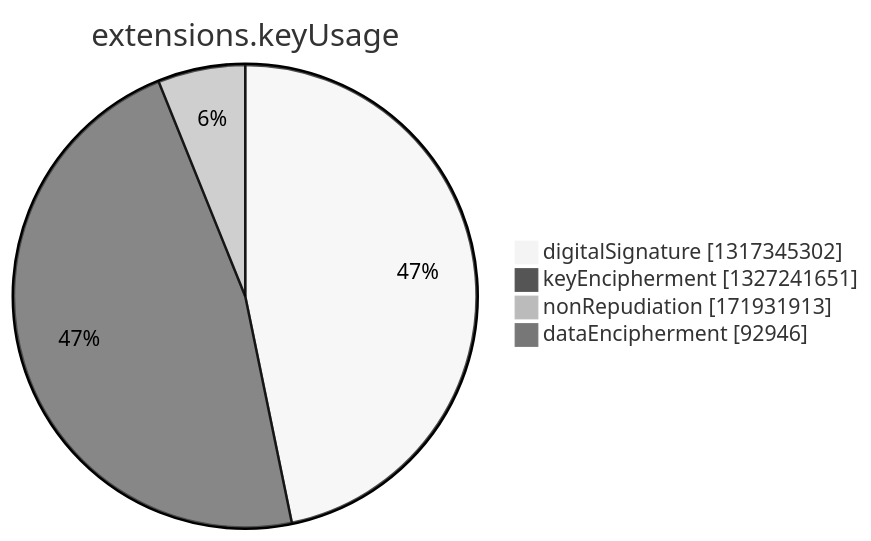
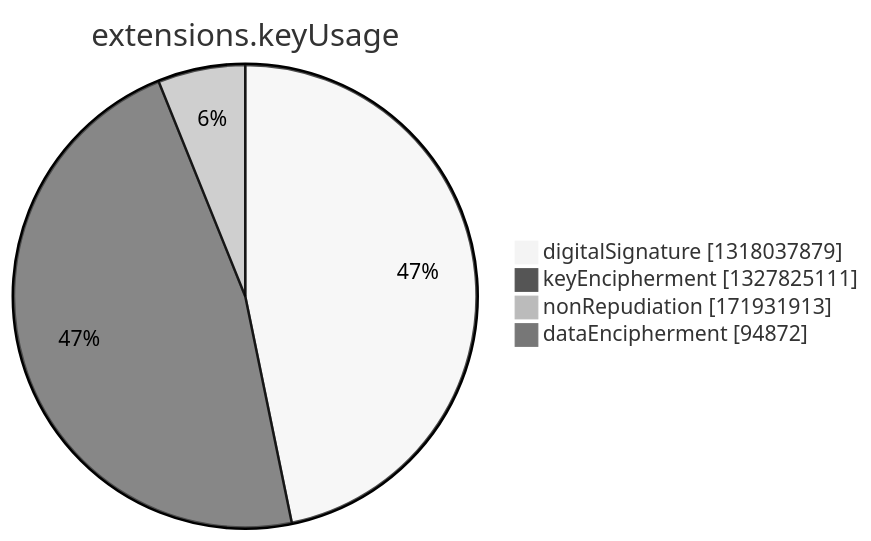
The seventh of 15 diagrams in argon2022/README.md (christiankrug/ctmonitor_visualization), drawn with Mermaid (neutral theme) before and after one commit. The commit also changed other lines of this file, not shown here.

````diff
--- a/argon2022/README.md
+++ b/argon2022/README.md
@@ -2750,8 +2750,8 @@
 ```mermaid
 pie showData
 title extensions.keyUsage
-"digitalSignature" :1317345302
-"keyEncipherment" :1327241651
+"digitalSignature" :1318037879
+"keyEncipherment" :1327825111
 "nonRepudiation" :171931913
-"dataEncipherment" :92946
+"dataEncipherment" :94872
 ```
````
